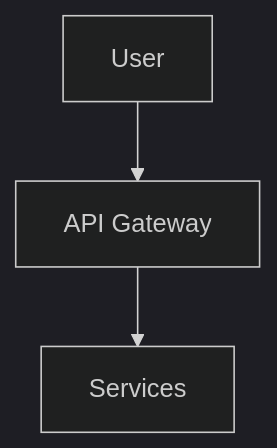
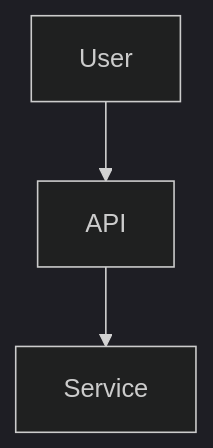
Before and after one commit to kamiwaza-ai/kamiwaza-docs: the diagram in docs/README.md, drawn with Mermaid (dark theme). The commit also changed other lines of this file, not shown here.

````diff
--- a/docs/README.md
+++ b/docs/README.md
@@ -195,5 +149,5 @@
 ```mermaid
 graph TD
-    A[User] --> B[API Gateway]
-    B --> C[Services]
+    A[User] --> B[API]
+    B --> C[Service]
 ```
````
